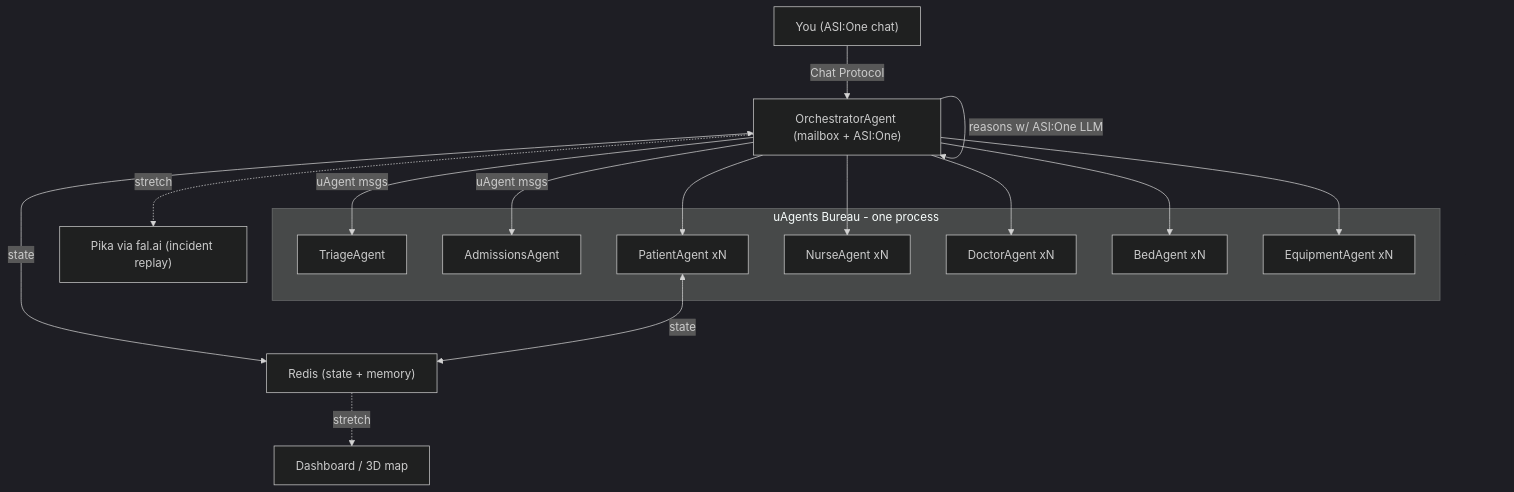
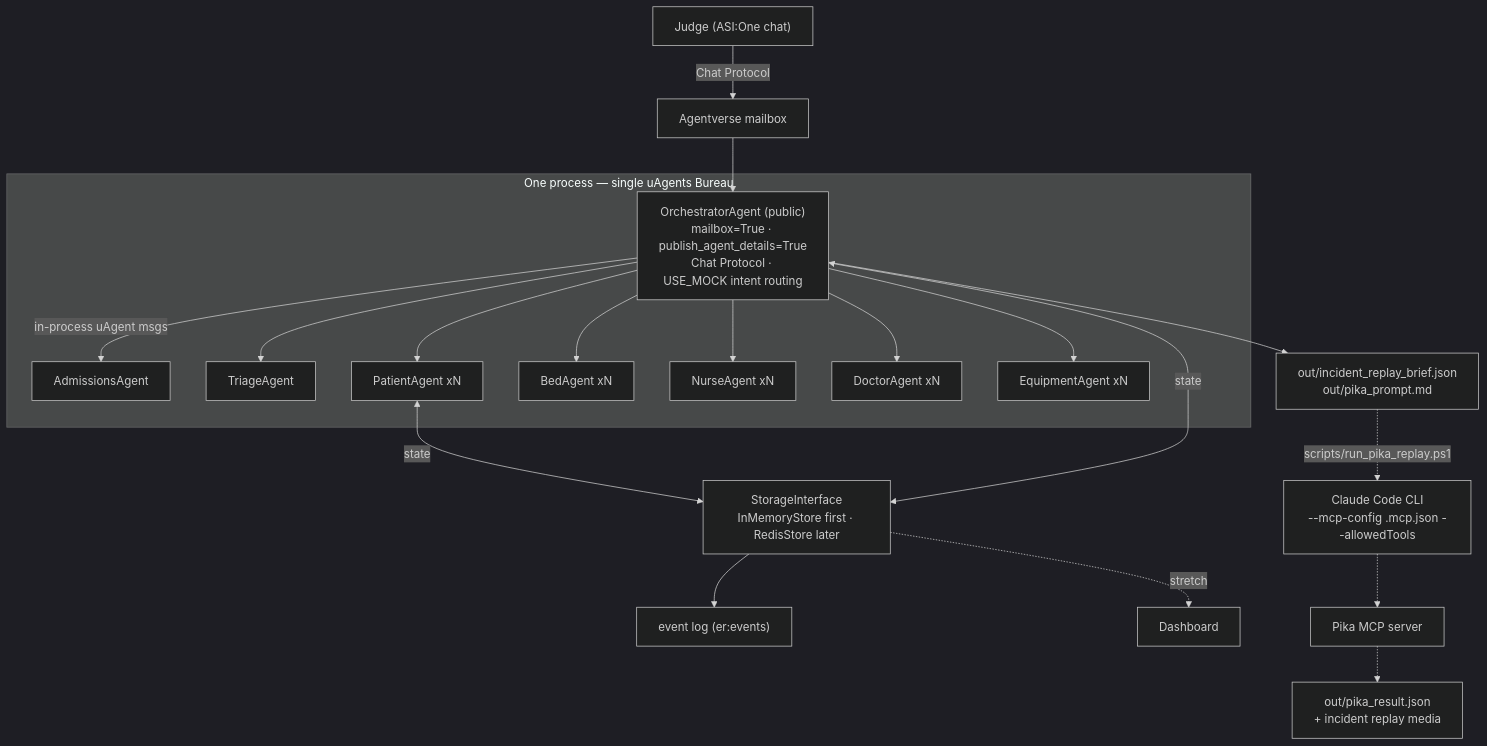
One commit to RyanDang363/herald changed the diagram in README.md. Above: the diagram before and after it, drawn with Mermaid (dark theme). The commit also changed other lines of this file and 49 other files, not shown here.

Commit message:
ER Twin events (intake/oxygen/summary) + replay bridge + Pika automation

````diff
--- a/README.md
+++ b/README.md
@@ -81,25 +110,23 @@
 ```mermaid
 flowchart TD
-    User["You (ASI:One chat)"] -->|Chat Protocol| Orch["OrchestratorAgent (mailbox + ASI:One)"]
-    Orch -->|"reasons w/ ASI:One LLM"| Orch
-    Orch -->|uAgent msgs| Triage["TriageAgent"]
-    Orch -->|uAgent msgs| Admit["AdmissionsAgent"]
-    Orch --> Patients["PatientAgent xN"]
-    Orch --> Nurses["NurseAgent xN"]
-    Orch --> Doctors["DoctorAgent xN"]
-    Orch --> Beds["BedAgent xN"]
-    Orch --> Equip["EquipmentAgent xN"]
-    subgraph bureau [uAgents Bureau - one process]
-        Triage
-        Admit
-        Patients
-        Nurses
-        Doctors
-        Beds
-        Equip
+    User["Judge (ASI:One chat)"] -->|Chat Protocol| AV["Agentverse mailbox"]
+    AV --> Orch
+    subgraph bureau [One process — single uAgents Bureau]
+        Orch["OrchestratorAgent (public)<br/>mailbox=True · publish_agent_details=True<br/>Chat Protocol · USE_MOCK intent routing"]
+        Orch -->|in-process uAgent msgs| Admit["AdmissionsAgent"]
+        Orch --> Triage["TriageAgent"]
+        Orch --> Patients["PatientAgent xN"]
+        Orch --> Beds["BedAgent xN"]
+        Orch --> Nurses["NurseAgent xN"]
+        Orch --> Doctors["DoctorAgent xN"]
+        Orch --> Equip["EquipmentAgent xN"]
     end
-    Orch <-->|state| Redis["Redis (state + memory)"]
-    Patients <-->|state| Redis
-    Orch -.->|stretch| Pika["Pika via fal.ai (incident replay)"]
-    Redis -.->|stretch| Dash["Dashboard / 3D map"]
+    Orch <-->|state| Store["StorageInterface<br/>InMemoryStore first · RedisStore later"]
+    Patients <-->|state| Store
+    Store --> Log["event log (er:events)"]
+    Orch --> Brief["out/incident_replay_brief.json<br/>out/pika_prompt.md"]
+    Brief -.->|scripts/run_pika_replay.ps1| CLI["Claude Code CLI<br/>--mcp-config .mcp.json --allowedTools"]
+    CLI -.-> Pika["Pika MCP server"]
+    Pika -.-> Result["out/pika_result.json<br/>+ incident replay media"]
+    Store -.->|stretch| Dash["Dashboard"]
 ```
````
